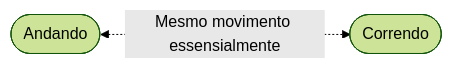
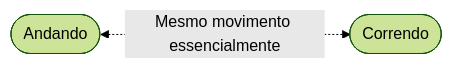
Before and after one commit to thiago-o-dev/courses: the third of 7 diagrams in docs/lesson-2.md, drawn with Mermaid (forest theme). The commit also changed other lines of this file and 2 other files, not shown here.

````diff
--- a/docs/lesson-2.md
+++ b/docs/lesson-2.md
@@ -120,7 +120,7 @@
 ```mermaid
 flowchart LR 
     A([Andando])
     C([Correndo])
 
-    A <-.->|Mesmo movimento essensialmente| C
+    A <-.->|Mesmo movimento essencialmente| C
 ```
````
